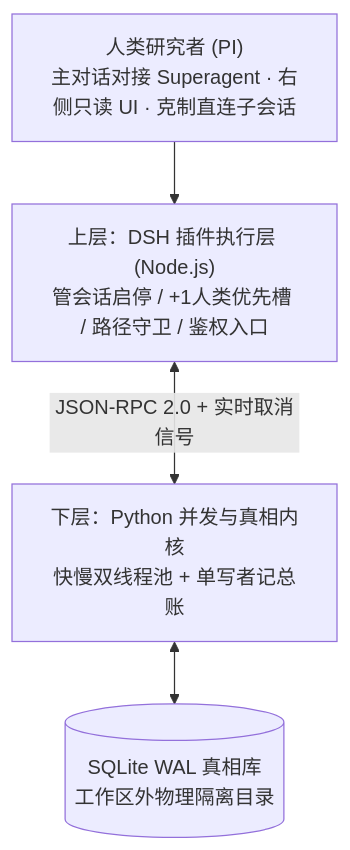
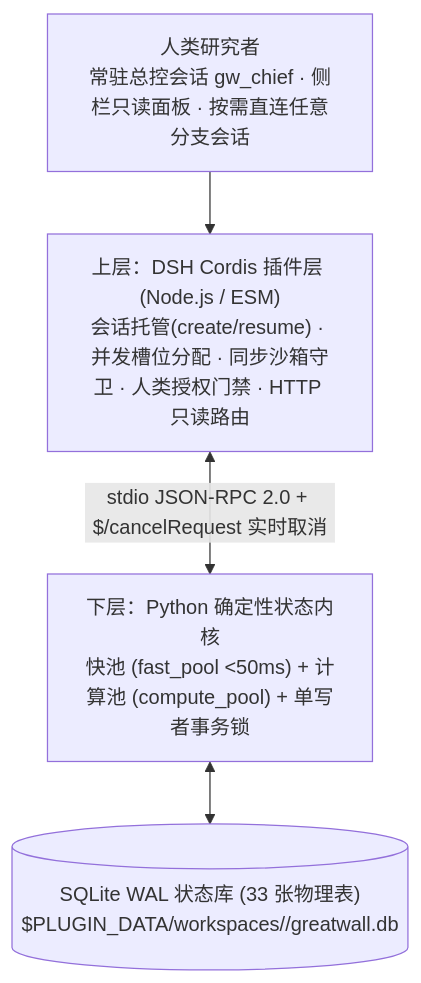
The diagram in docs/agent_kb_v0_3/ARCH_PAPER_01_设施工程_Infrastructure_Engineering.md (Qingzhu093/greatwall-agent), drawn with Mermaid before and after one commit. The commit also changed other lines of this file and 110 other files, not shown here.

````diff
--- a/docs/agent_kb_v0_3/ARCH_PAPER_01_设施工程_Infrastructure_Engineering.md
+++ b/docs/agent_kb_v0_3/ARCH_PAPER_01_设施工程_Infrastructure_Engineering.md
@@ -29,6 +37,6 @@
 ```mermaid
 flowchart TB
-    H["人类研究者 (PI)\n主对话对接 Superagent · 右侧只读 UI · 克制直连子会话"] --> NODE["上层：DSH 插件执行层 (Node.js)\n管会话启停 / +1人类优先槽 / 路径守卫 / 鉴权入口"]
-    NODE <-->|"JSON-RPC 2.0 + 实时取消信号"| PY["下层：Python 并发与真相内核\n快慢双线程池 + 单写者记总账"]
-    PY <--> DB[("SQLite WAL 真相库\n工作区外物理隔离目录")]
+    H["人类研究者\n常驻总控会话 gw_chief · 侧栏只读面板 · 按需直连任意分支会话"] --> NODE["上层：DSH Cordis 插件层 (Node.js / ESM)\n会话托管(create/resume) · 并发槽位分配 · 同步沙箱守卫 · 人类授权门禁 · HTTP 只读路由"]
+    NODE <-->|"stdio JSON-RPC 2.0 + $/cancelRequest 实时取消"| PY["下层：Python 确定性状态内核\n快池 (fast_pool <50ms) + 计算池 (compute_pool) + 单写者事务锁"]
+    PY <--> DB[("SQLite WAL 状态库 (33 张物理表)\n$PLUGIN_DATA/workspaces/<ws_hash>/greatwall.db")]
 ```
````
